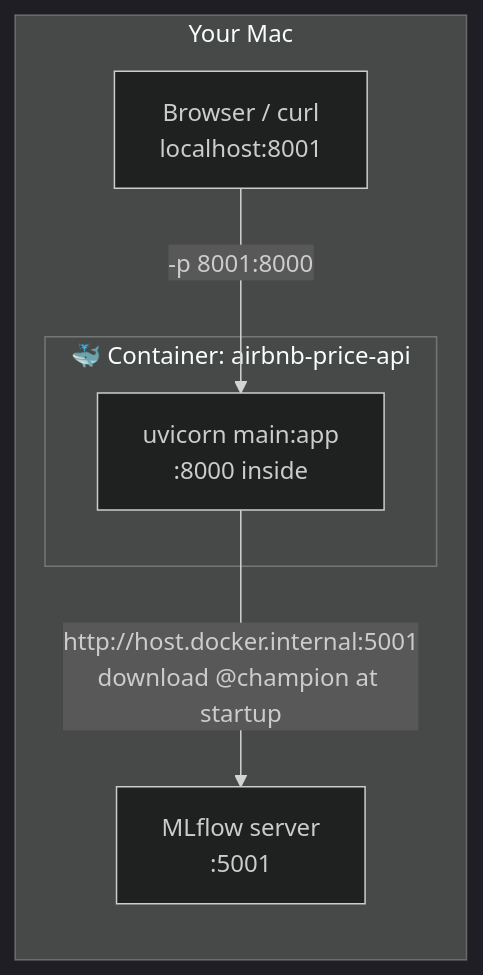
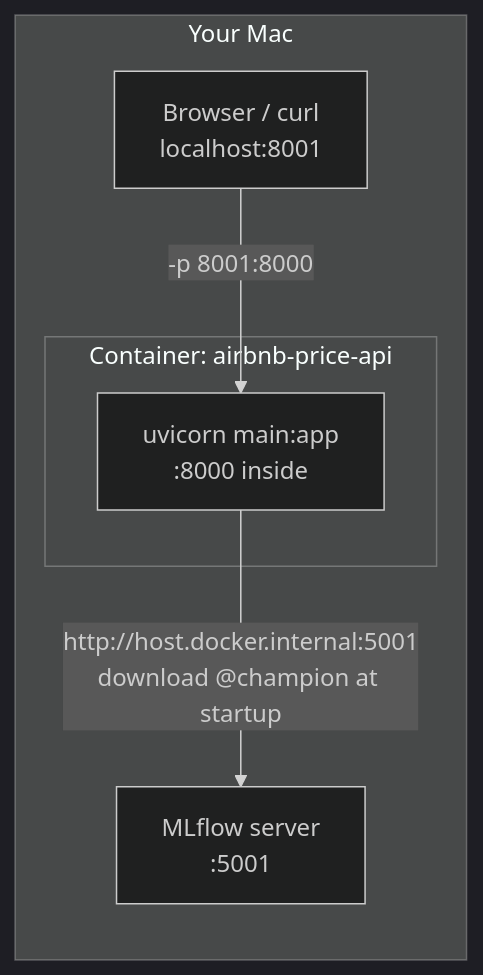
Before and after one commit to shikharkumar13/-NYC-Airbnb-Price-Prediction-MLOps: diagram 11 of 16 in implementation.md, drawn with Mermaid (dark theme). The commit also changed other lines of this file and 1 other file, not shown here.

````diff
--- a/implementation.md
+++ b/implementation.md
@@ -1970,12 +1981,12 @@
 ```mermaid
 flowchart LR
     subgraph laptop ["Your Mac"]
-        subgraph container ["🐳 Container: airbnb-price-api"]
+        subgraph container ["Container: airbnb-price-api"]
             API["uvicorn main:app\n:8000 inside"]
         end
         MLF["MLflow server\n:5001"]
         B["Browser / curl\nlocalhost:8001"]
     end
     B -- "-p 8001:8000" --> API
     API -- "http://host.docker.internal:5001\ndownload @champion at startup" --> MLF
 ```
````
